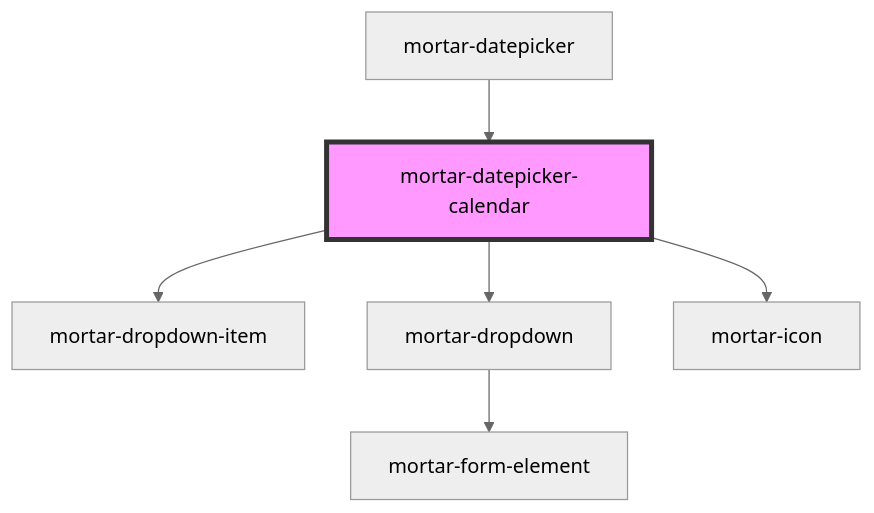
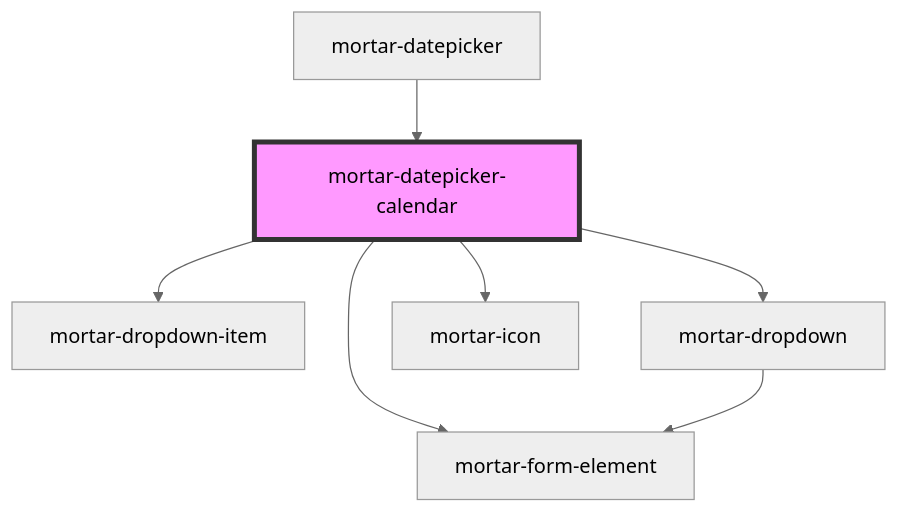
One commit to brettgris/mortar changed the diagram in src/components/mortar-datepicker-calendar/readme.md. Above: the diagram before and after it, drawn with Mermaid (neutral theme). The commit also changed other lines of this file and 45 other files, not shown here.

````diff
--- a/src/components/mortar-datepicker-calendar/readme.md
+++ b/src/components/mortar-datepicker-calendar/readme.md
@@ -60,9 +67,10 @@
 ```mermaid
 graph TD;
   mortar-datepicker-calendar --> mortar-dropdown-item
+  mortar-datepicker-calendar --> mortar-form-element
   mortar-datepicker-calendar --> mortar-dropdown
   mortar-datepicker-calendar --> mortar-icon
   mortar-dropdown --> mortar-form-element
   mortar-datepicker --> mortar-datepicker-calendar
   style mortar-datepicker-calendar fill:#f9f,stroke:#333,stroke-width:4px
 ```
````
